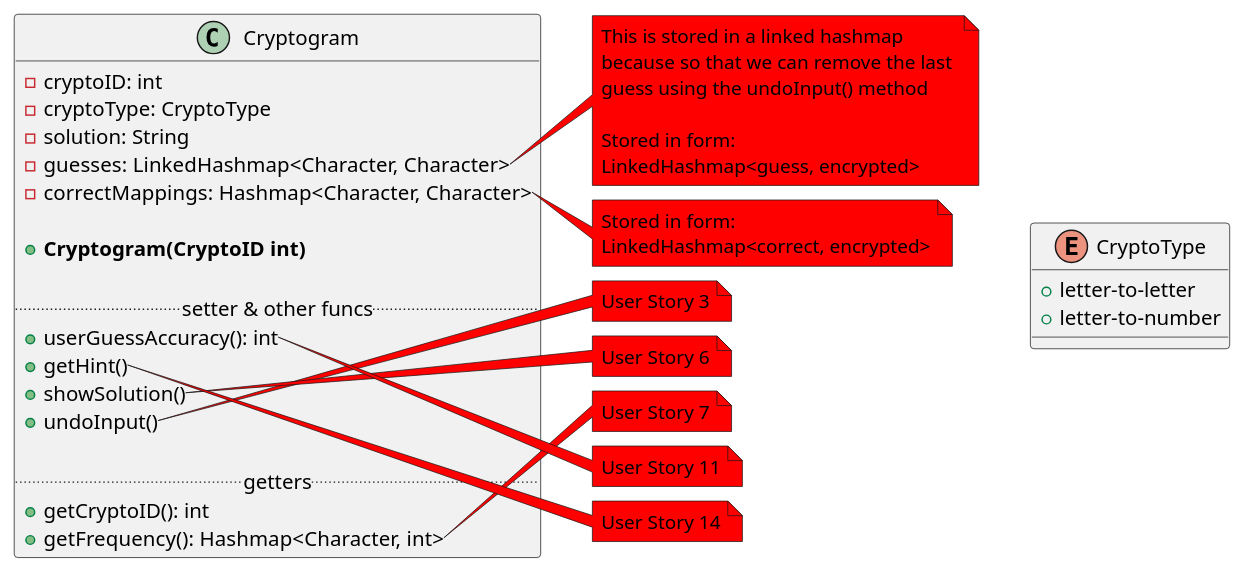
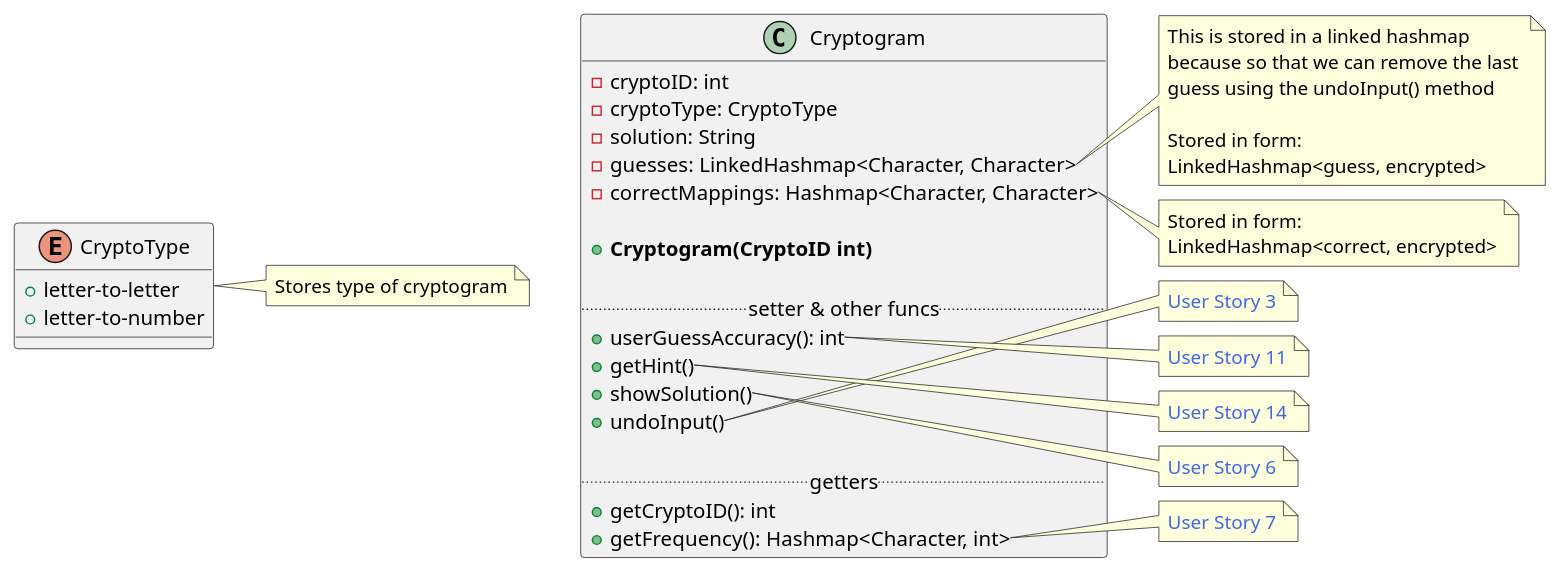
The diagram in Class-Diagrams/src/cryptogram.puml (finlaysr/CS207-Cryptograms), drawn with PlantUML before and after one commit. The commit also changed 4 other files, not shown here.

```diff
--- a/Class-Diagrams/src/cryptogram.puml
+++ b/Class-Diagrams/src/cryptogram.puml
@@ -1,70 +1,74 @@
 @startuml
 
-' Maybe should be a interface
+' Maybe should be an interface
 class Cryptogram {
     - cryptoID: int
     - cryptoType: CryptoType
     - solution: String
     - guesses: LinkedHashmap<Character, Character>
     - correctMappings: Hashmap<Character, Character>
 
     + **Cryptogram(CryptoID int)**
 
     ..setter & other funcs..
     + userGuessAccuracy(): int    
     + getHint()
     + showSolution()
     + undoInput()
 
     ..getters..
     + getCryptoID(): int
     + getFrequency(): Hashmap<Character, int>
 }
 
 enum CryptoType{
 
     + letter-to-letter
     + letter-to-number
 }
 
+note right of CryptoType
+    Stores type of cryptogram
+end Note
+
 
 note right of Cryptogram::guesses
     This is stored in a linked hashmap
     because so that we can remove the last 
     guess using the undoInput() method
 
     Stored in form:
     LinkedHashmap<guess, encrypted>
 end note
 
 note right of Cryptogram::correctMappings
     Stored in form:
     LinkedHashmap<correct, encrypted>
 end note
 
 note right of Cryptogram::undoInput
     pop the last value
     from the guesses stack
 end note
 
-note right of Cryptogram::undoInput #red
-    User Story 3
+note right of Cryptogram::userGuessAccuracy
+    <color:royalBlue>User Story 11</color>
 end note
 
-note right of Cryptogram::showSolution #red
-    User Story 6
+note right of Cryptogram::getHint
+    <color:royalBlue>User Story 14</color>
 end note
 
-note right of Cryptogram::getFrequency #red
-    User Story 7
+note right of Cryptogram::showSolution
+    <color:royalBlue>User Story 6</color>
 end note
 
-note right of Cryptogram::userGuessAccuracy #red
-    User Story 11
+note right of Cryptogram::undoInput
+    <color:royalBlue>User Story 3</color>
 end note
 
-note right of Cryptogram::getHint #red
-    User Story 14
+note right of Cryptogram::getFrequency
+    <color:royalBlue>User Story 7</color>
 end note
 
 @enduml
```
